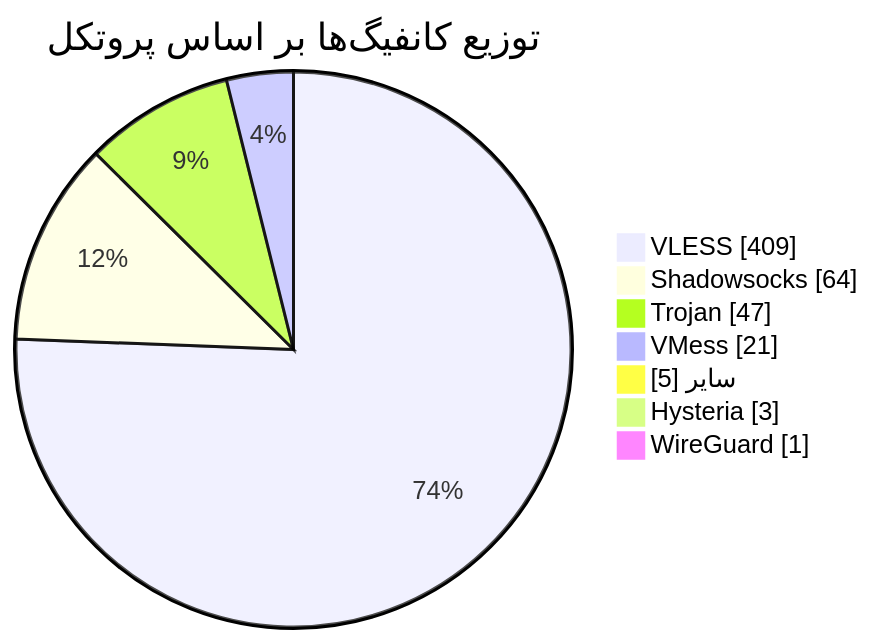
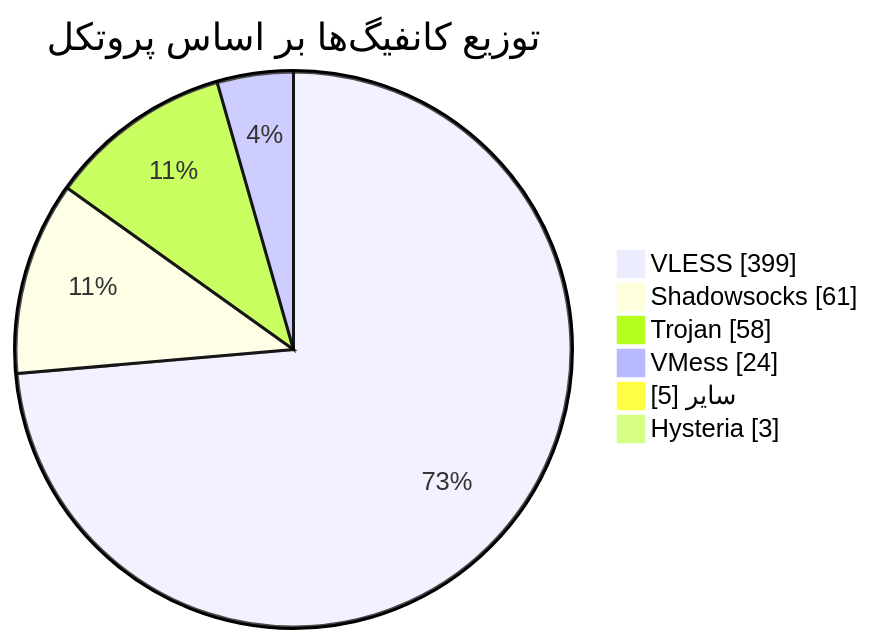
Before and after one commit to Arian-Alijani/Somthing: the diagram in README.md, drawn with Mermaid. The commit also changed other lines of this file and 87 other files, not shown here.

````diff
--- a/README.md
+++ b/README.md
@@ -49,11 +48,10 @@
 ```mermaid
 pie showData
     title توزیع کانفیگ‌ها بر اساس پروتکل
-    "VLESS" : 409
-    "Shadowsocks" : 64
-    "Trojan" : 47
-    "VMess" : 21
+    "VLESS" : 399
+    "Shadowsocks" : 61
+    "Trojan" : 58
+    "VMess" : 24
     "سایر" : 5
     "Hysteria" : 3
-    "WireGuard" : 1
 ```
````
